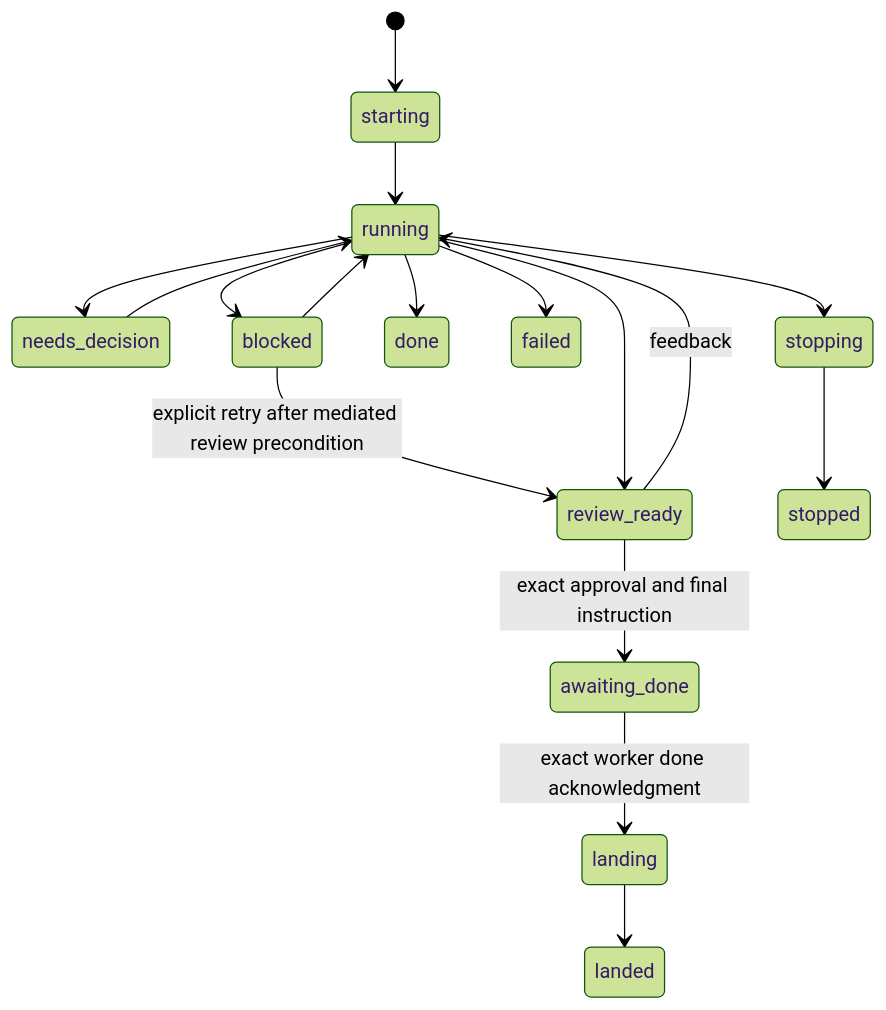
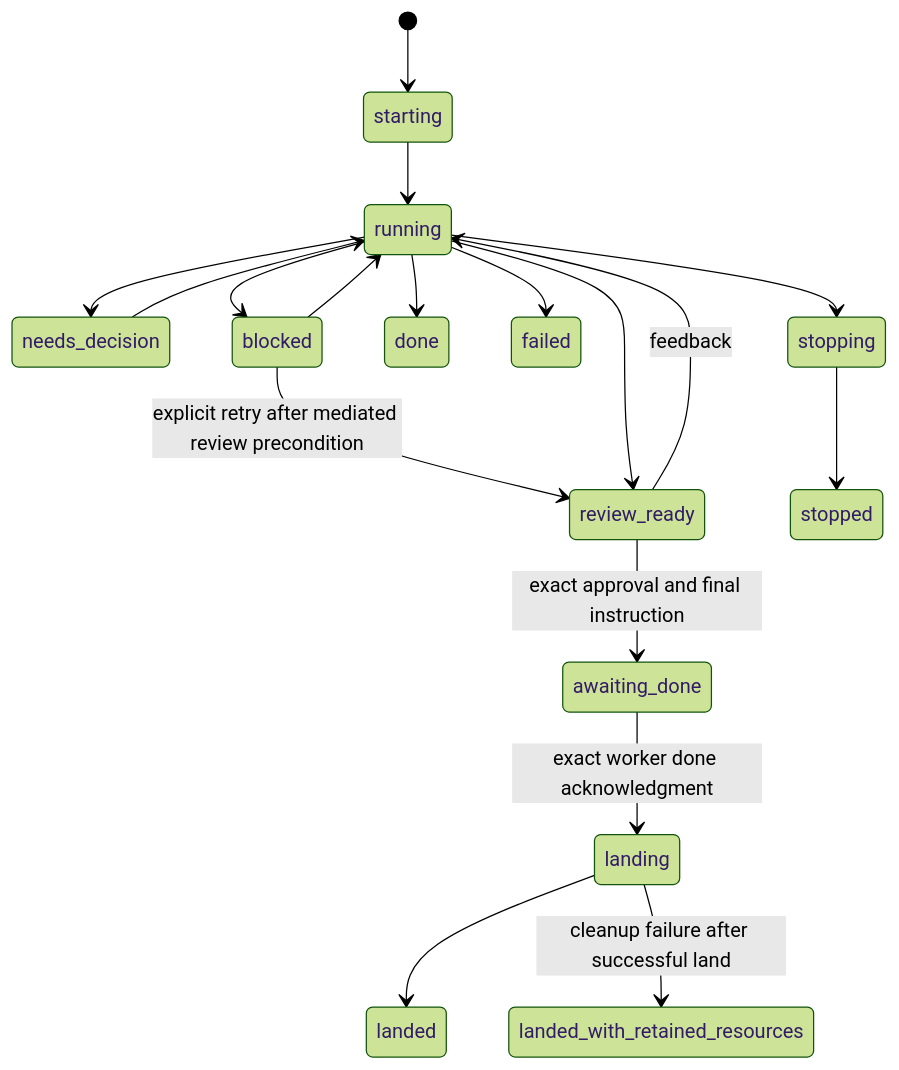
Before and after one commit to alexjercan/scufris2: the third of 5 diagrams in tasks/20260818-222337/ARCHITECTURE.md, drawn with Mermaid (forest theme). The commit also changed other lines of this file and 7 other files, not shown here.

Commit message:
Restore Sprout landing cleanup policy

````diff
--- a/tasks/20260818-222337/ARCHITECTURE.md
+++ b/tasks/20260818-222337/ARCHITECTURE.md
@@ -263,19 +264,20 @@
 ```mermaid
 stateDiagram-v2
   [*] --> starting
   starting --> running
   running --> needs_decision
   needs_decision --> running
   running --> blocked
   blocked --> running
   blocked --> review_ready: explicit retry after mediated review precondition
   running --> review_ready
   review_ready --> running: feedback
   review_ready --> awaiting_done: exact approval and final instruction
   awaiting_done --> landing: exact worker done acknowledgment
   landing --> landed
+  landing --> landed_with_retained_resources: cleanup failure after successful land
   running --> done
   running --> failed
   running --> stopping
   stopping --> stopped
 ```
````
